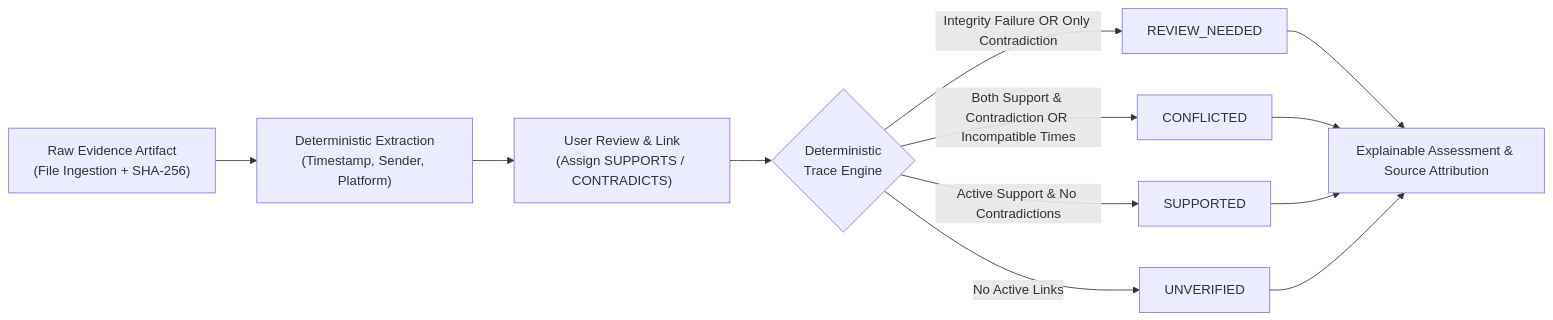
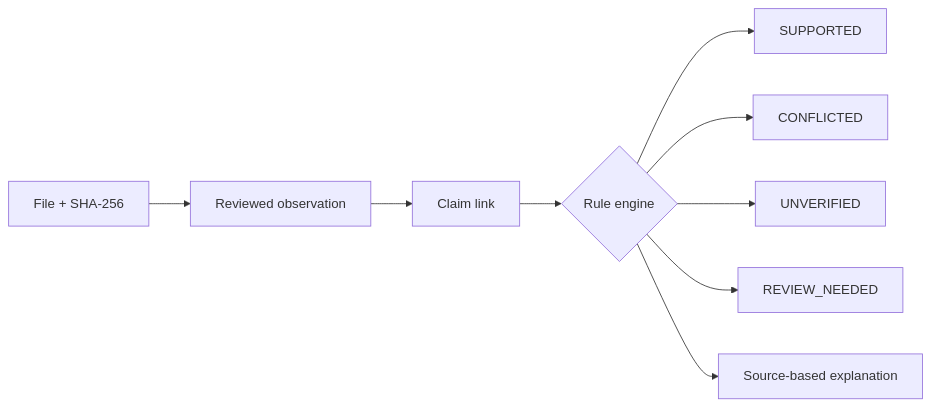
Before and after one commit to bh00mi-11/ProofPATH: the second of 3 diagrams in README.md, drawn with Mermaid. The commit also changed other lines of this file, not shown here.

Commit message:
Focus README on local MVP, concise features, Mermaid architecture and scenario

````diff
--- a/README.md
+++ b/README.md
@@ -282,16 +60,11 @@
 ```mermaid
 flowchart LR
-    A["Raw Evidence Artifact<br/>(File Ingestion + SHA-256)"] --> B["Deterministic Extraction<br/>(Timestamp, Sender, Platform)"]
-    B --> C["User Review & Link<br/>(Assign SUPPORTS / CONTRADICTS)"]
-    C --> D{"Deterministic<br/>Trace Engine"}
-    
-    D -->|Integrity Failure OR Only Contradiction| E["REVIEW_NEEDED"]
-    D -->|Both Support & Contradiction OR Incompatible Times| F["CONFLICTED"]
-    D -->|Active Support & No Contradictions| G["SUPPORTED"]
-    D -->|No Active Links| H["UNVERIFIED"]
-    
-    E --> I["Explainable Assessment & Source Attribution"]
-    F --> I
-    G --> I
-    H --> I
+    F["File + SHA-256"] --> O["Reviewed observation"]
+    O --> L["Claim link"]
+    L --> E{"Rule engine"}
+    E --> SU["SUPPORTED"]
+    E --> CO["CONFLICTED"]
+    E --> UN["UNVERIFIED"]
+    E --> RE["REVIEW_NEEDED"]
+    E --> X["Source-based explanation"]
 ```
````
